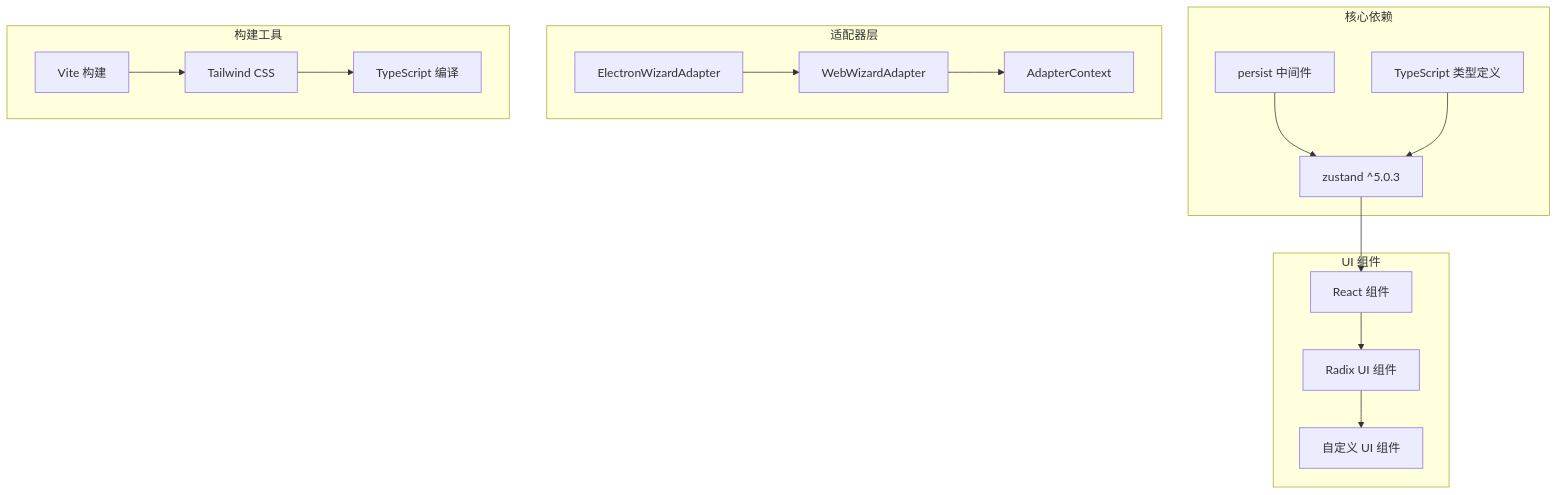
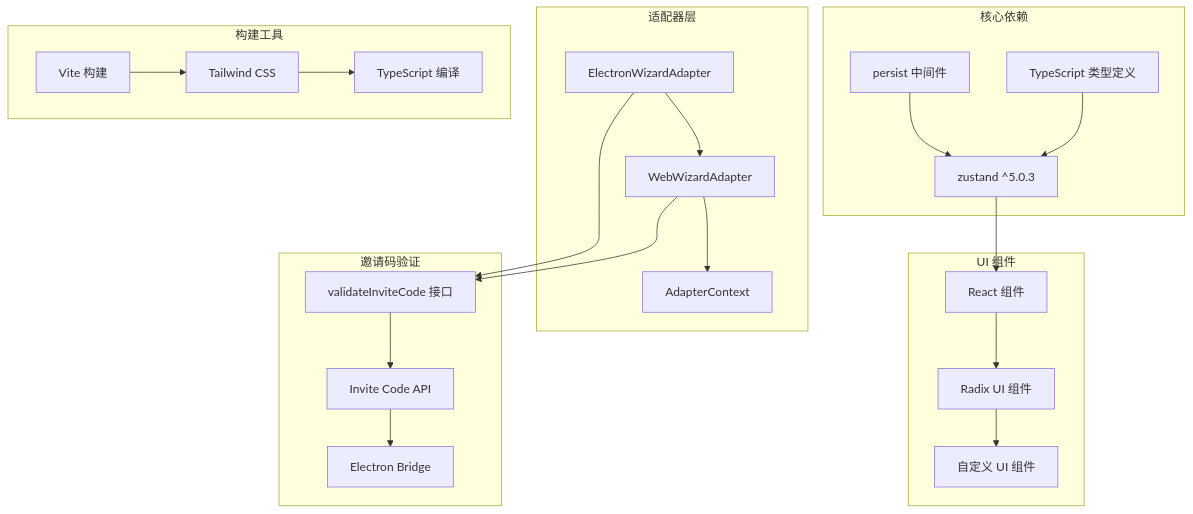
Diagram 11 of 11 in .qoder/repowiki/zh/content/设置向导状态管理.md (verse-ai-org/openclaw), drawn with Mermaid before and after one commit. The commit also changed other lines of this file and 31 other files, not shown here.

````diff
--- a/.qoder/repowiki/zh/content/设置向导状态管理.md
+++ b/.qoder/repowiki/zh/content/设置向导状态管理.md
@@ -322,32 +403,41 @@
 ```mermaid
 graph TB
 subgraph "核心依赖"
 A[zustand ^5.0.3]
 B[persist 中间件]
 C[TypeScript 类型定义]
 end
 subgraph "UI 组件"
 D[React 组件]
 E[Radix UI 组件]
 F[自定义 UI 组件]
 end
 subgraph "适配器层"
 G[ElectronWizardAdapter]
 H[WebWizardAdapter]
 I[AdapterContext]
 end
 subgraph "构建工具"
 J[Vite 构建]
 K[Tailwind CSS]
 L[TypeScript 编译]
 end
+subgraph "邀请码验证"
+M[validateInviteCode 接口]
+N[Invite Code API]
+O[Electron Bridge]
+end
 A --> D
 B --> A
 C --> A
 D --> E
 E --> F
 G --> H
 H --> I
+G --> M
+H --> M
+M --> N
+N --> O
 J --> K
 K --> L
 ```
````
